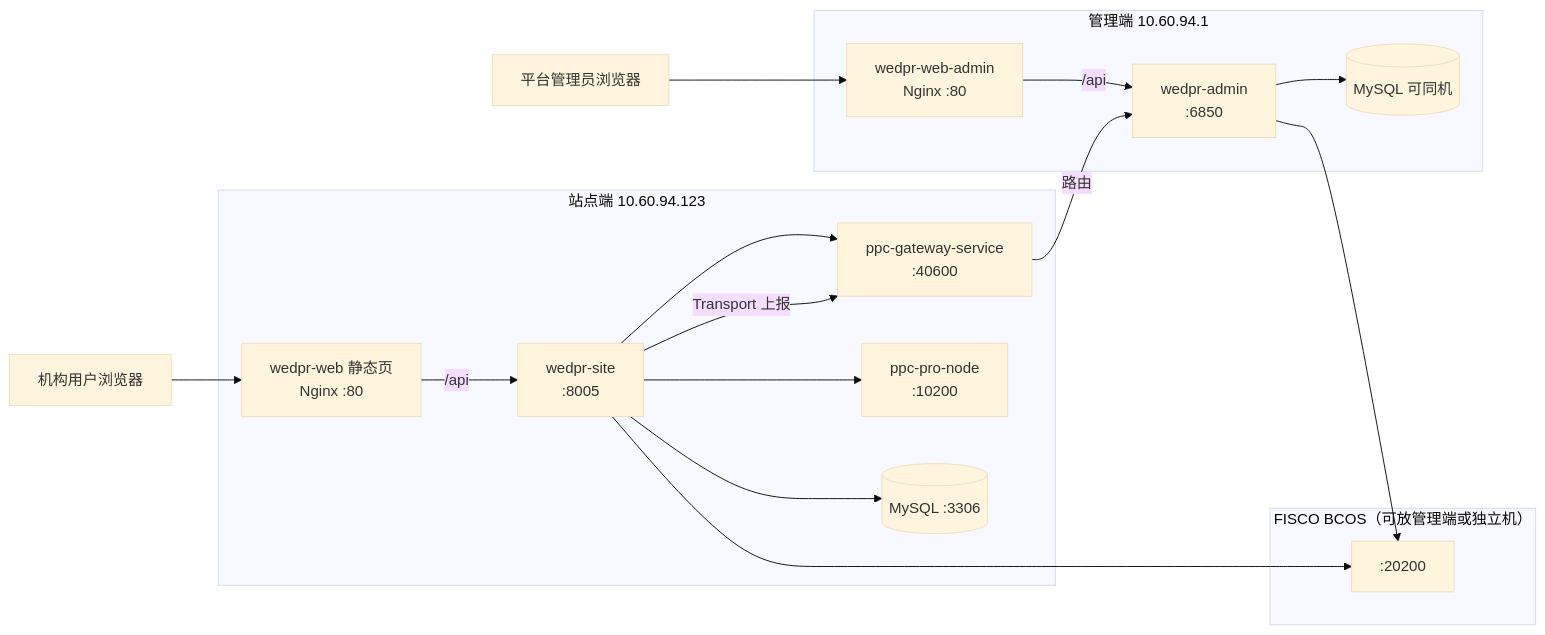
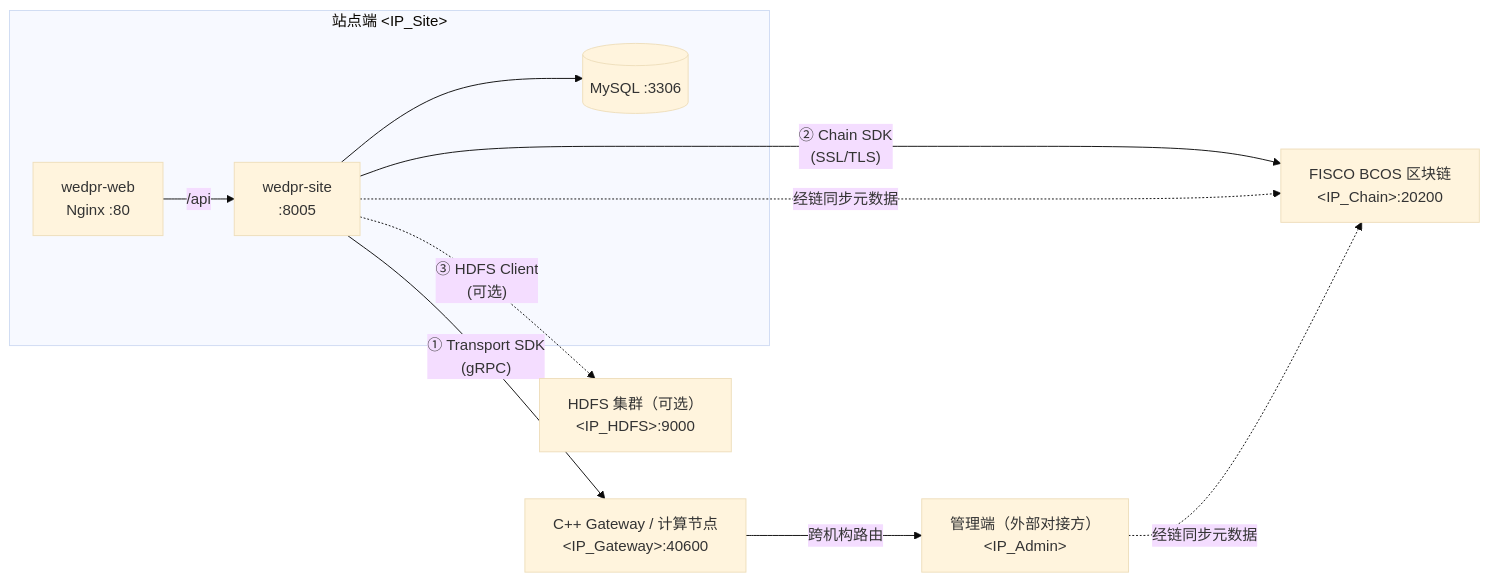
Before and after one commit to zhliu9802/WeDPR-Client: the first of 2 diagrams in docs/站点端本地构建与服务器部署指南.md, drawn with Mermaid (base theme). The commit also changed other lines of this file, not shown here.

````diff
--- a/docs/站点端本地构建与服务器部署指南.md
+++ b/docs/站点端本地构建与服务器部署指南.md
@@ -314,33 +363,21 @@
 ```mermaid
 graph LR
-    subgraph SiteSrv["站点端 10.60.94.123"]
-        WEB_S[wedpr-web 静态页<br/>Nginx :80]
+    subgraph SiteSrv["站点端 &lt;IP_Site&gt;"]
+        WEB_S[wedpr-web<br/>Nginx :80]
         API_S[wedpr-site<br/>:8005]
-        GW_S[ppc-gateway-service<br/>:40600]
-        CPP[ppc-pro-node<br/>:10200]
         DB_S[(MySQL :3306)]
         WEB_S -->|/api| API_S
         API_S --> DB_S
-        API_S --> GW_S
-        API_S --> CPP
     end
+    GW["C++ Gateway / 计算节点<br/>&lt;IP_Gateway&gt;:40600"]
+    BCOS["FISCO BCOS 区块链<br/>&lt;IP_Chain&gt;:20200"]
+    HDFS["HDFS 集群（可选）<br/>&lt;IP_HDFS&gt;:9000"]
+    ADMIN["管理端（外部对接方）<br/>&lt;IP_Admin&gt;"]
 
-    subgraph AdminSrv["管理端 10.60.94.1"]
-        WEB_A[wedpr-web-admin<br/>Nginx :80]
-        API_A[wedpr-admin<br/>:6850]
-        DB_A[(MySQL 可同机)]
-        WEB_A -->|/api| API_A
-        API_A --> DB_A
-    end
-
-    subgraph Chain["FISCO BCOS（可放管理端或独立机）"]
-        BCOS[:20200]
-    end
-
-    User1[机构用户浏览器] --> WEB_S
-    User2[平台管理员浏览器] --> WEB_A
-    API_S -->|Transport 上报| GW_S
-    GW_S -->|路由| API_A
-    API_S --> BCOS
-    API_A --> BCOS
+    API_S -->|"① Transport SDK<br/>(gRPC)"| GW
+    API_S -->|"② Chain SDK<br/>(SSL/TLS)"| BCOS
+    API_S -.->|"③ HDFS Client<br/>(可选)"| HDFS
+    GW -->|跨机构路由| ADMIN
+    API_S -. 经链同步元数据 .-> BCOS
+    ADMIN -. 经链同步元数据 .-> BCOS
 ```
````
